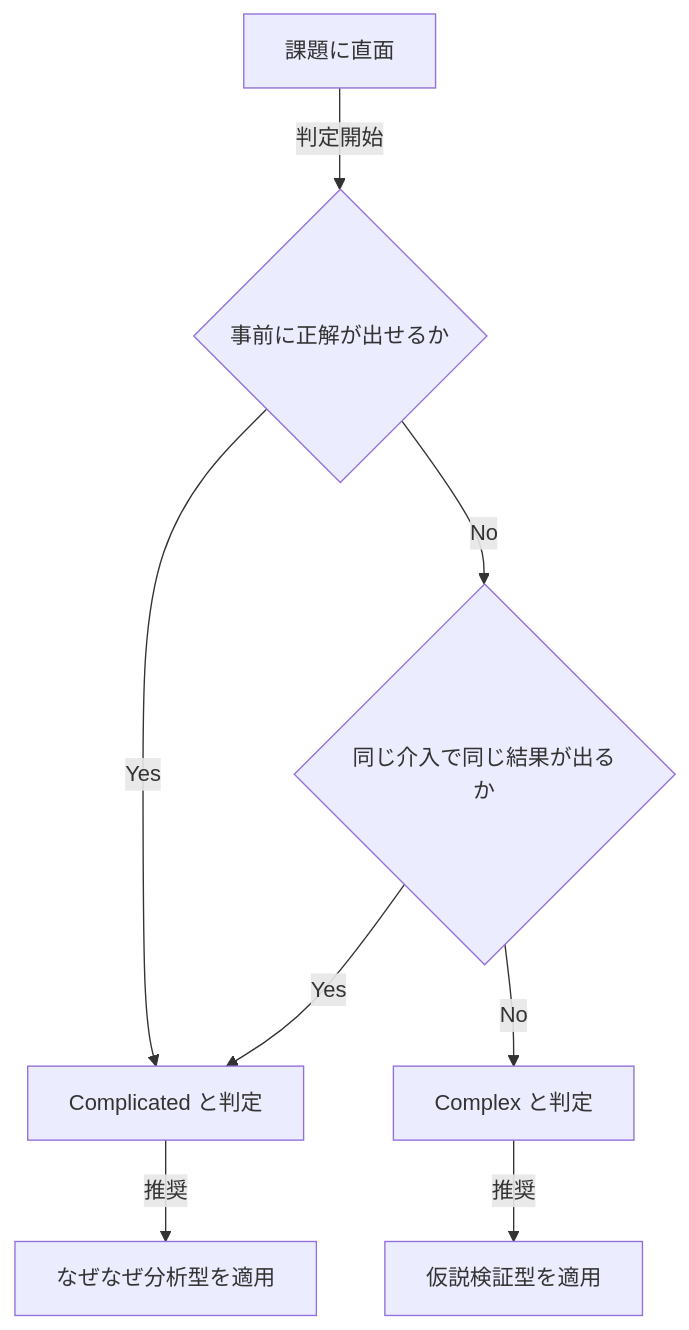
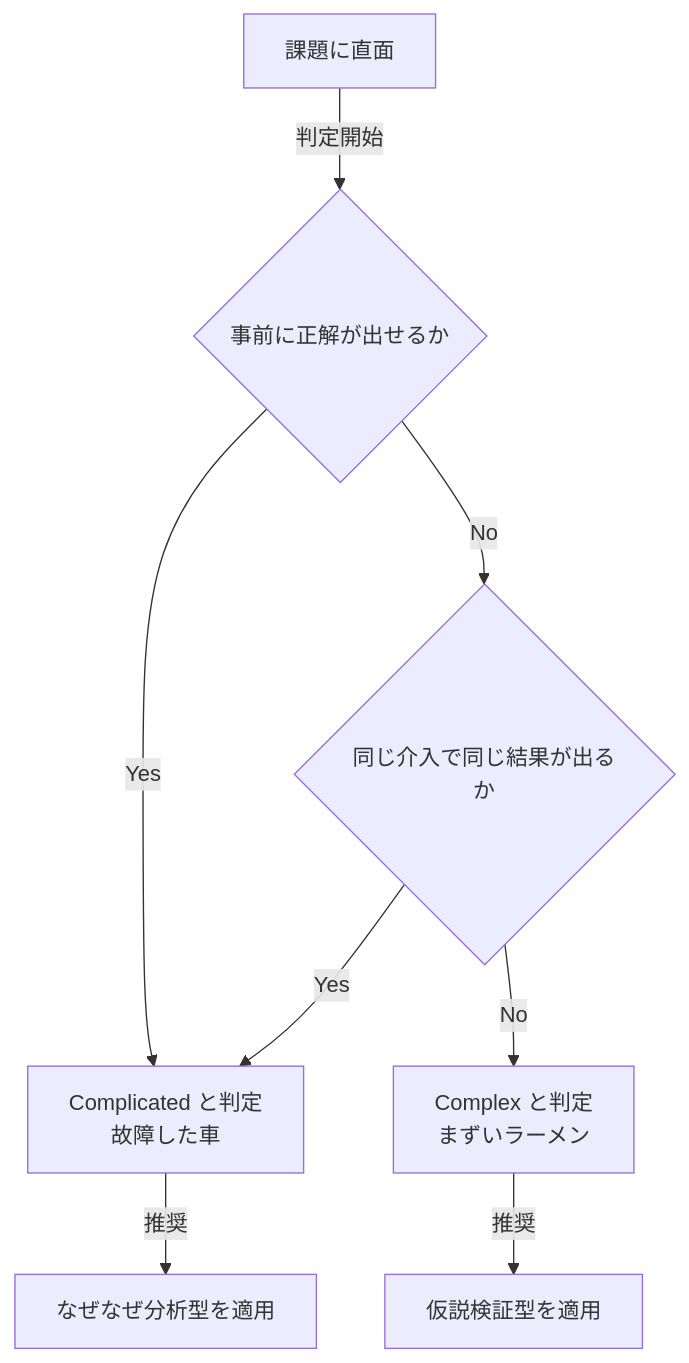
One commit to GoodRelax/gr-cheat-sheets changed the second of 4 diagrams in management/beyond-five-whys.md. Above: the diagram before and after it, drawn with Mermaid. The commit also changed other lines of this file and 1 other file, not shown here.

````diff
--- a/management/beyond-five-whys.md
+++ b/management/beyond-five-whys.md
@@ -148,17 +193,17 @@
 ```mermaid
 flowchart TD
     Start[課題に直面]
     Q1{事前に正解が出せるか}
     Q2{同じ介入で同じ結果が出るか}
-    P1[Complicated と判定]
-    P2[Complex と判定]
+    P1["Complicated と判定<br/>故障した車"]
+    P2["Complex と判定<br/>まずいラーメン"]
     M1[なぜなぜ分析型を適用]
     M2[仮説検証型を適用]
     Start -->|判定開始| Q1
     Q1 -->|Yes| P1
     Q1 -->|No| Q2
     Q2 -->|Yes| P1
     Q2 -->|No| P2
     P1 -->|推奨| M1
     P2 -->|推奨| M2
 ```
````
